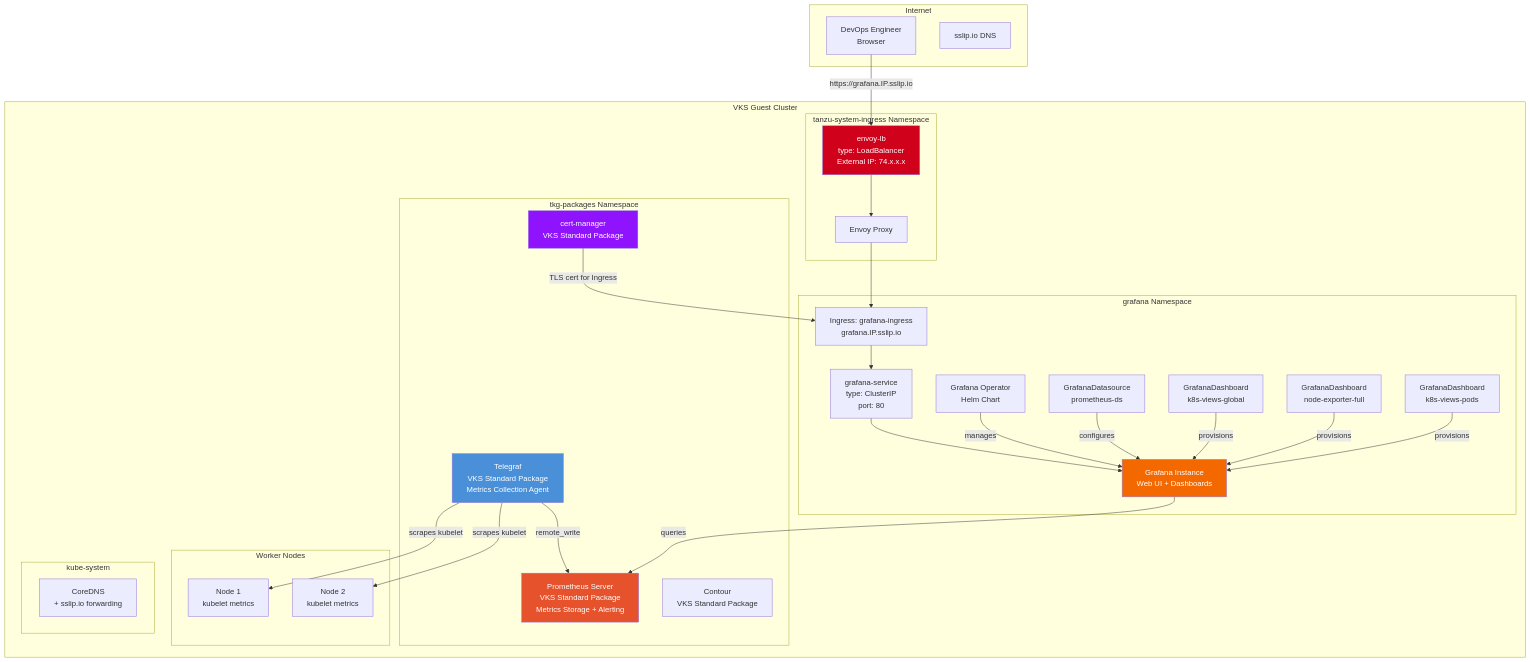
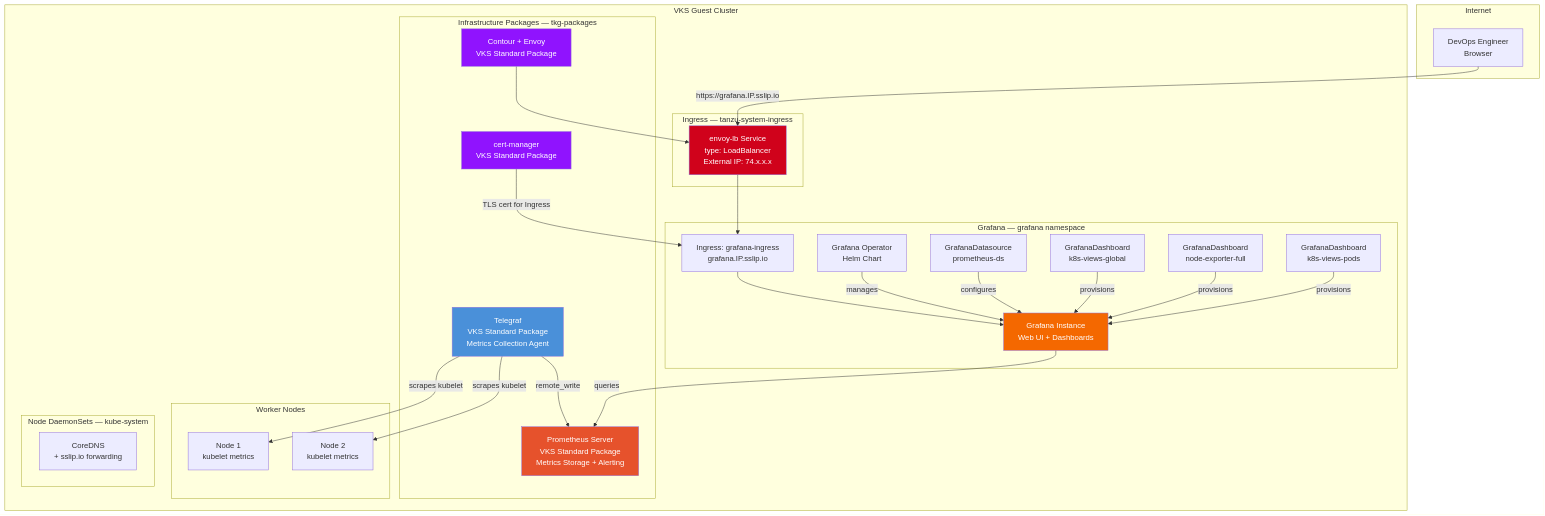
Before and after one commit to scafeman/vcf9-iac-onboarding: the diagram in docs/architecture/deploy-metrics.md, drawn with Mermaid.

Commit message:
docs: improve deploy-metrics diagram layout to match deploy-cluster style
Applied the same vertical layout pattern: renamed subgraphs to use
'Component — namespace' format, merged Envoy Proxy into Contour node,
removed redundant grafana-service ClusterIP node (Ingress routes
directly to Grafana), removed sslip.io DNS as separate Internet node,
renamed kube-system to 'Node DaemonSets — kube-system', added Contour
to envoy-lb connection. All original components preserved.

````diff
--- a/docs/architecture/deploy-metrics.md
+++ b/docs/architecture/deploy-metrics.md
@@ -11,66 +11,63 @@
 ```mermaid
 graph TB
     subgraph "Internet"
         USER[DevOps Engineer<br/>Browser]
-        SSLIP[sslip.io DNS]
     end
 
     subgraph "VKS Guest Cluster"
-        subgraph "tkg-packages Namespace"
+        subgraph "Ingress — tanzu-system-ingress"
+            ENVOYLB[envoy-lb Service<br/>type: LoadBalancer<br/>External IP: 74.x.x.x]
+        end
+
+        subgraph "Infrastructure Packages — tkg-packages"
             TELEGRAF[Telegraf<br/>VKS Standard Package<br/>Metrics Collection Agent]
             PROMETHEUS[Prometheus Server<br/>VKS Standard Package<br/>Metrics Storage + Alerting]
             CERTMGR[cert-manager<br/>VKS Standard Package]
-            CONTOUR[Contour<br/>VKS Standard Package]
+            CONTOUR[Contour + Envoy<br/>VKS Standard Package]
         end
 
-        subgraph "tanzu-system-ingress Namespace"
-            ENVOY[Envoy Proxy]
-            ENVOYLB[envoy-lb<br/>type: LoadBalancer<br/>External IP: 74.x.x.x]
-        end
-
-        subgraph "grafana Namespace"
+        subgraph "Grafana — grafana namespace"
             GRAFOP[Grafana Operator<br/>Helm Chart]
             GRAFANA[Grafana Instance<br/>Web UI + Dashboards]
-            GRAFSVC[grafana-service<br/>type: ClusterIP<br/>port: 80]
             GRAFING[Ingress: grafana-ingress<br/>grafana.IP.sslip.io]
             DS[GrafanaDatasource<br/>prometheus-ds]
             DB1[GrafanaDashboard<br/>k8s-views-global]
             DB2[GrafanaDashboard<br/>node-exporter-full]
             DB3[GrafanaDashboard<br/>k8s-views-pods]
         end
 
         subgraph "Worker Nodes"
             NODE1[Node 1<br/>kubelet metrics]
             NODE2[Node 2<br/>kubelet metrics]
         end
 
-        subgraph "kube-system"
+        subgraph "Node DaemonSets — kube-system"
             COREDNS[CoreDNS<br/>+ sslip.io forwarding]
         end
     end
 
     USER -->|https://grafana.IP.sslip.io| ENVOYLB
-    ENVOYLB --> ENVOY
-    ENVOY --> GRAFING
-    GRAFING --> GRAFSVC
-    GRAFSVC --> GRAFANA
+    ENVOYLB --> GRAFING
+    GRAFING --> GRAFANA
 
     TELEGRAF -->|scrapes kubelet| NODE1
     TELEGRAF -->|scrapes kubelet| NODE2
     TELEGRAF -->|remote_write| PROMETHEUS
 
     GRAFANA -->|queries| PROMETHEUS
     GRAFOP -->|manages| GRAFANA
     DS -->|configures| GRAFANA
     DB1 -->|provisions| GRAFANA
     DB2 -->|provisions| GRAFANA
     DB3 -->|provisions| GRAFANA
 
+    CONTOUR --> ENVOYLB
     CERTMGR -->|TLS cert for Ingress| GRAFING
 
     style TELEGRAF fill:#4a90d9,color:#fff
     style PROMETHEUS fill:#e6522c,color:#fff
     style GRAFANA fill:#f46800,color:#fff
     style ENVOYLB fill:#d0021b,color:#fff
     style CERTMGR fill:#9013fe,color:#fff
+    style CONTOUR fill:#9013fe,color:#fff
 ```
````
